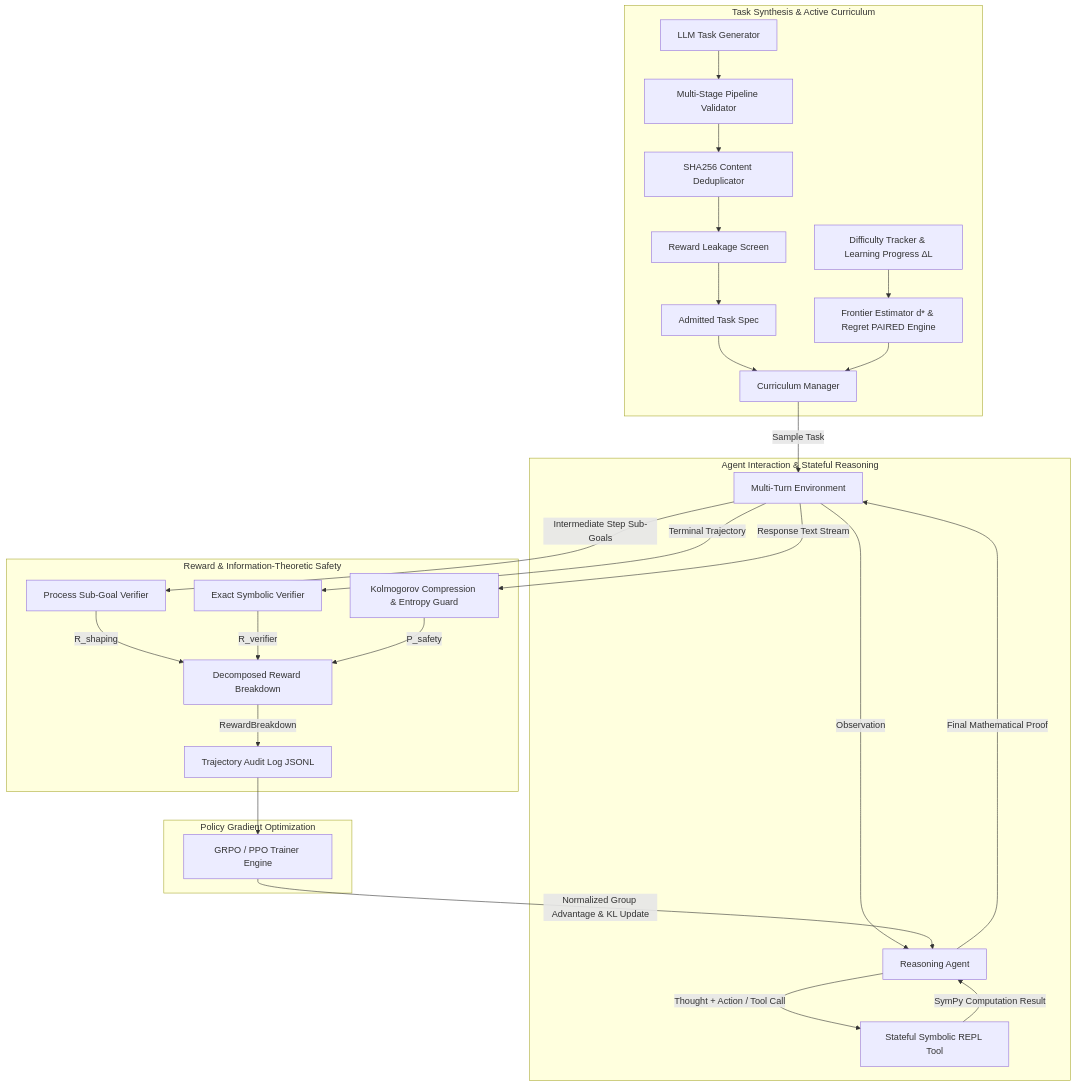
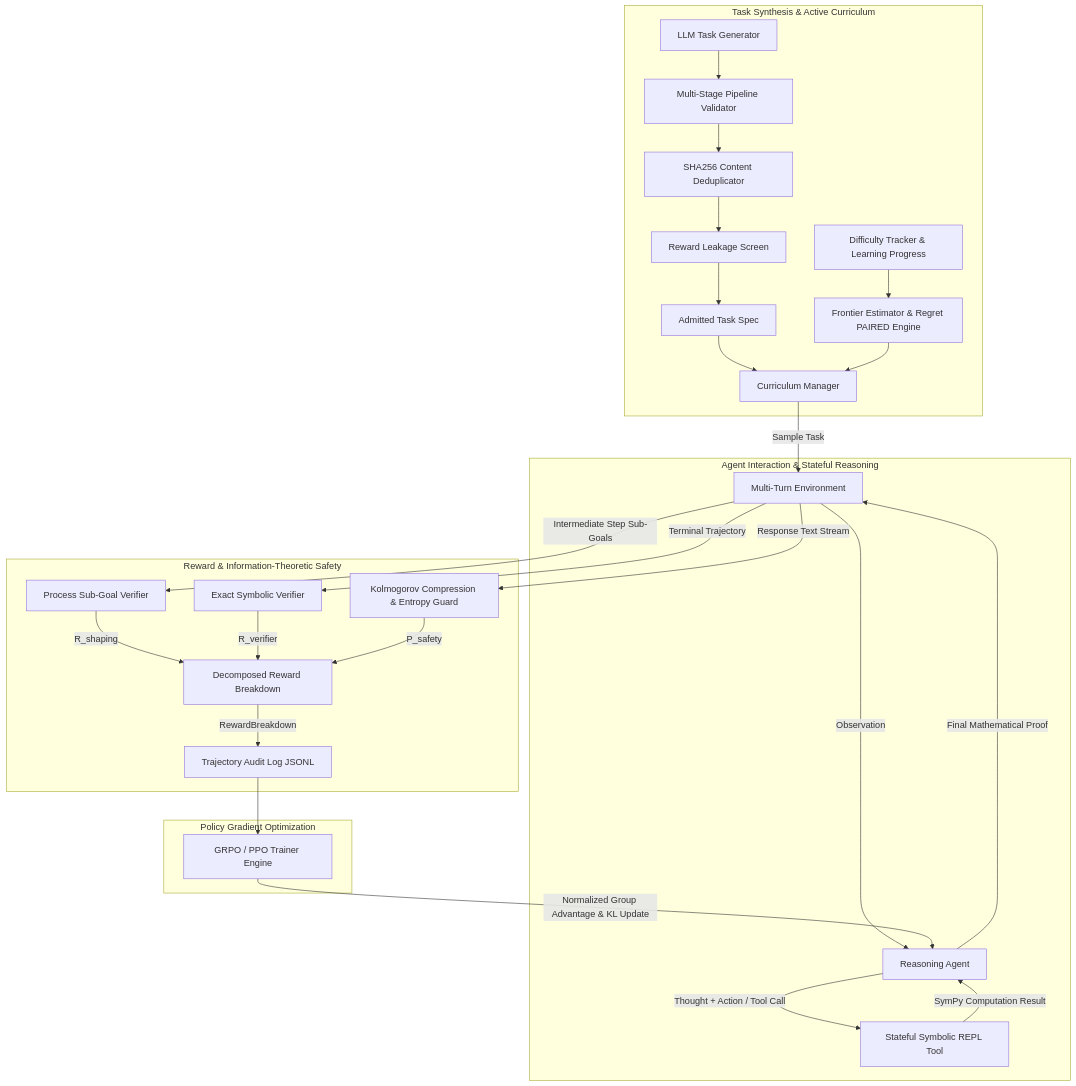
The diagram in README.md (Jainam1673/orbit), drawn with Mermaid before and after one commit. The commit also changed other lines of this file and 1 other file, not shown here.

Commit message:
fix(docs): correct author name to Jainam Jadav in Citation and License, and fix Mermaid flowchart syntax

````diff
--- a/README.md
+++ b/README.md
@@ -65,35 +65,35 @@
 ```mermaid
 flowchart TD
-    subgraph Task Synthesis & Active Curriculum
-        TG[LLM Task Generator] --> VAL[Multi-Stage Pipeline Validator]
-        VAL --> DEDUP[SHA256 Content Deduplicator]
-        DEDUP --> SCRN[Reward Leakage Screen]
-        SCRN --> ADMIT[Admitted Task Spec]
-        ADMIT --> CM[Curriculum Manager]
-        DT[Difficulty Tracker & Learning Progress ΔL] --> FE[Frontier Estimator d* & Regret PAIRED Engine]
+    subgraph Task_Synthesis ["Task Synthesis & Active Curriculum"]
+        TG["LLM Task Generator"] --> VAL["Multi-Stage Pipeline Validator"]
+        VAL --> DEDUP["SHA256 Content Deduplicator"]
+        DEDUP --> SCRN["Reward Leakage Screen"]
+        SCRN --> ADMIT["Admitted Task Spec"]
+        ADMIT --> CM["Curriculum Manager"]
+        DT["Difficulty Tracker & Learning Progress"] --> FE["Frontier Estimator & Regret PAIRED Engine"]
         FE --> CM
     end
 
-    subgraph Agent Interaction & Stateful Reasoning
-        CM -->|Sample Task| ENV[Multi-Turn Environment]
-        ENV -->|Observation| AGT[Reasoning Agent]
-        AGT -->|Thought + Action / Tool Call| REPL[Stateful Symbolic REPL Tool]
+    subgraph Agent_Interaction ["Agent Interaction & Stateful Reasoning"]
+        CM -->|Sample Task| ENV["Multi-Turn Environment"]
+        ENV -->|Observation| AGT["Reasoning Agent"]
+        AGT -->|Thought + Action / Tool Call| REPL["Stateful Symbolic REPL Tool"]
         REPL -->|SymPy Computation Result| AGT
         AGT -->|Final Mathematical Proof| ENV
     end
 
-    subgraph Reward & Information-Theoretic Safety
-        ENV -->|Intermediate Step Sub-Goals| PROC[Process Sub-Goal Verifier]
-        ENV -->|Terminal Trajectory| VER[Exact Symbolic Verifier]
-        ENV -->|Response Text Stream| SEC[Kolmogorov Compression & Entropy Guard]
-        PROC -->|R_shaping| AGG[Decomposed Reward Breakdown]
+    subgraph Reward_Safety ["Reward & Information-Theoretic Safety"]
+        ENV -->|Intermediate Step Sub-Goals| PROC["Process Sub-Goal Verifier"]
+        ENV -->|Terminal Trajectory| VER["Exact Symbolic Verifier"]
+        ENV -->|Response Text Stream| SEC["Kolmogorov Compression & Entropy Guard"]
+        PROC -->|R_shaping| AGG["Decomposed Reward Breakdown"]
         VER -->|R_verifier| AGG
         SEC -->|P_safety| AGG
-        AGG -->|RewardBreakdown| LOG[Trajectory Audit Log JSONL]
+        AGG -->|RewardBreakdown| LOG["Trajectory Audit Log JSONL"]
     end
 
-    subgraph Policy Gradient Optimization
-        LOG --> GRPO[GRPO / PPO Trainer Engine]
+    subgraph Policy_Optimization ["Policy Gradient Optimization"]
+        LOG --> GRPO["GRPO / PPO Trainer Engine"]
         GRPO -->|Normalized Group Advantage & KL Update| AGT
     end
 ```
````
